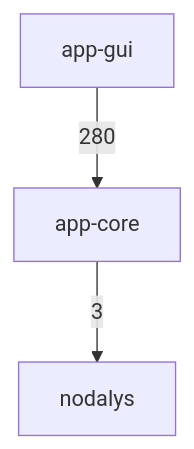
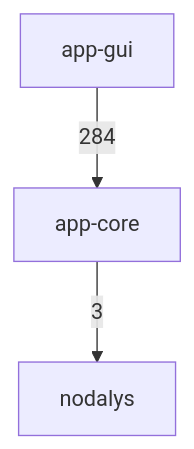
One commit to ronnymilleo/imcsim changed the first of 3 diagrams in docs/architecture.md. Above: the diagram before and after it, drawn with Mermaid. The commit also changed other lines of this file, not shown here.

Commit message:
Update architecture include diagram

````diff
--- a/docs/architecture.md
+++ b/docs/architecture.md
@@ -22,8 +22,8 @@
 ```mermaid
 flowchart TD
     app_gui[app-gui]
     app_core[app-core]
     nodalys[nodalys]
     app_core -->|3| nodalys
-    app_gui -->|280| app_core
+    app_gui -->|284| app_core
 ```
````
